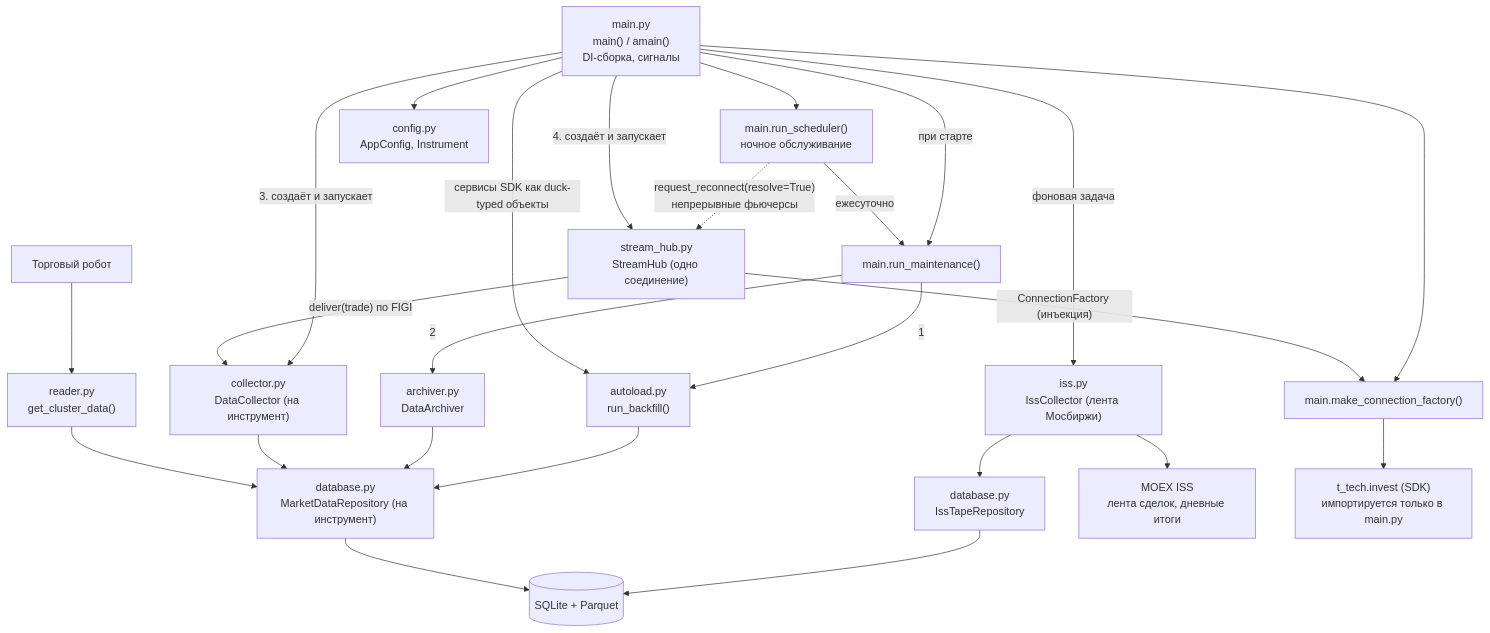
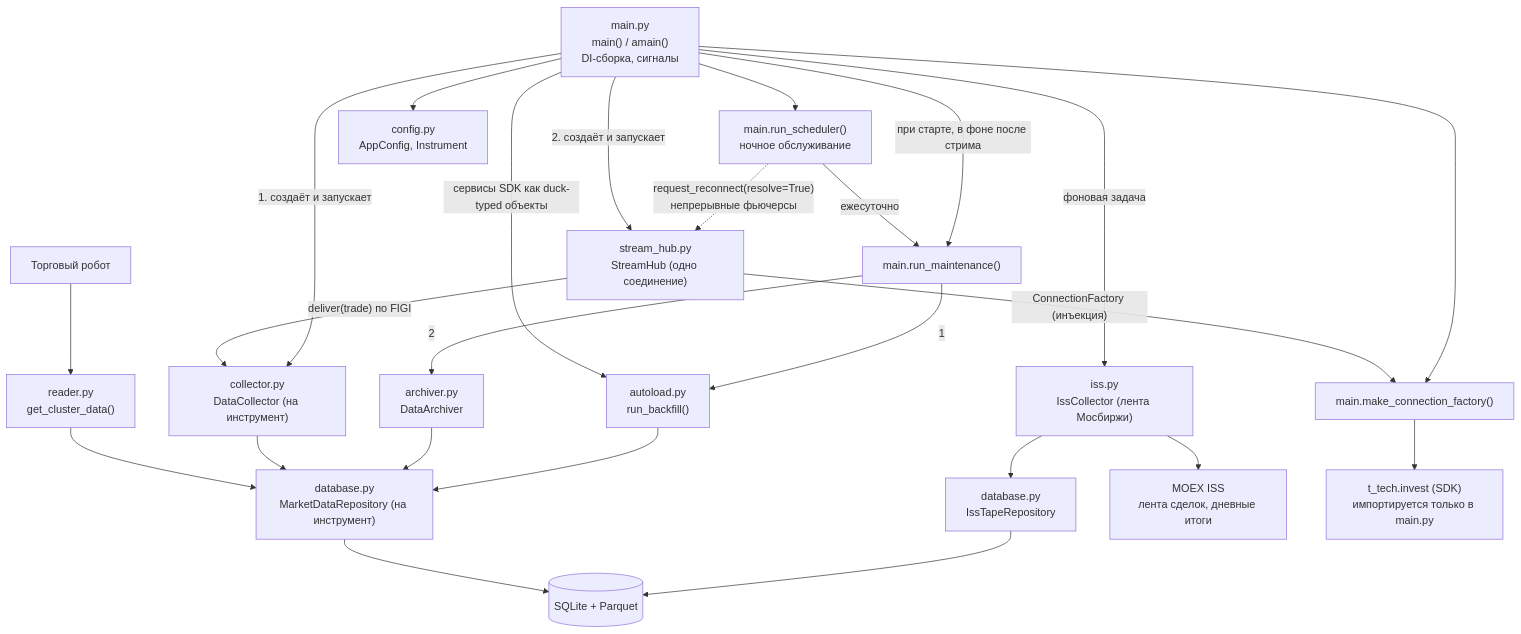
Before and after one commit to vladilenao/ClusterSource: the first of 2 diagrams in docs/02-architecture.md, drawn with Mermaid. The commit also changed other lines of this file and 22 other files, not shown here.

````diff
--- a/docs/02-architecture.md
+++ b/docs/02-architecture.md
@@ -5,45 +5,45 @@
 ```mermaid
 flowchart TB
     MAIN["main.py<br/>main() / amain()<br/>DI-сборка, сигналы"]
     SCHED["main.run_scheduler()<br/>ночное обслуживание"]
     MAINT["main.run_maintenance()"]
     CFG["config.py<br/>AppConfig, Instrument"]
     AUTO["autoload.py<br/>run_backfill()"]
     ARCH["archiver.py<br/>DataArchiver"]
     HUB["stream_hub.py<br/>StreamHub (одно соединение)"]
     COLL["collector.py<br/>DataCollector (на инструмент)"]
     FACT["main.make_connection_factory()"]
     REPO["database.py<br/>MarketDataRepository (на инструмент)"]
     READ["reader.py<br/>get_cluster_data()"]
     ISS["iss.py<br/>IssCollector (лента Мосбиржи)"]
     ISSREPO["database.py<br/>IssTapeRepository"]
     MOEX["MOEX ISS<br/>лента сделок, дневные итоги"]
     SDK["t_tech.invest (SDK)<br/>импортируется только в main.py"]
     STORE[("SQLite + Parquet")]
     BOT["Торговый робот"]
 
     MAIN --> CFG
-    MAIN -->|"при старте"| MAINT
+    MAIN -->|"при старте, в фоне после стрима"| MAINT
     MAIN --> SCHED
     SCHED -->|"ежесуточно"| MAINT
     MAINT -->|"1"| AUTO
     MAINT -->|"2"| ARCH
     SCHED -.->|"request_reconnect(resolve=True)<br/>непрерывные фьючерсы"| HUB
-    MAIN -->|"3. создаёт и запускает"| COLL
-    MAIN -->|"4. создаёт и запускает"| HUB
+    MAIN -->|"1. создаёт и запускает"| COLL
+    MAIN -->|"2. создаёт и запускает"| HUB
     HUB -->|"deliver(trade) по FIGI"| COLL
     MAIN --> FACT
     FACT --> SDK
     MAIN -->|"сервисы SDK как duck-typed объекты"| AUTO
     HUB -->|"ConnectionFactory (инъекция)"| FACT
     AUTO --> REPO
     ARCH --> REPO
     COLL --> REPO
     READ --> REPO
     MAIN -->|"фоновая задача"| ISS
     ISS --> MOEX
     ISS --> ISSREPO
     ISSREPO --> STORE
     REPO --> STORE
     BOT --> READ
 ```
````
